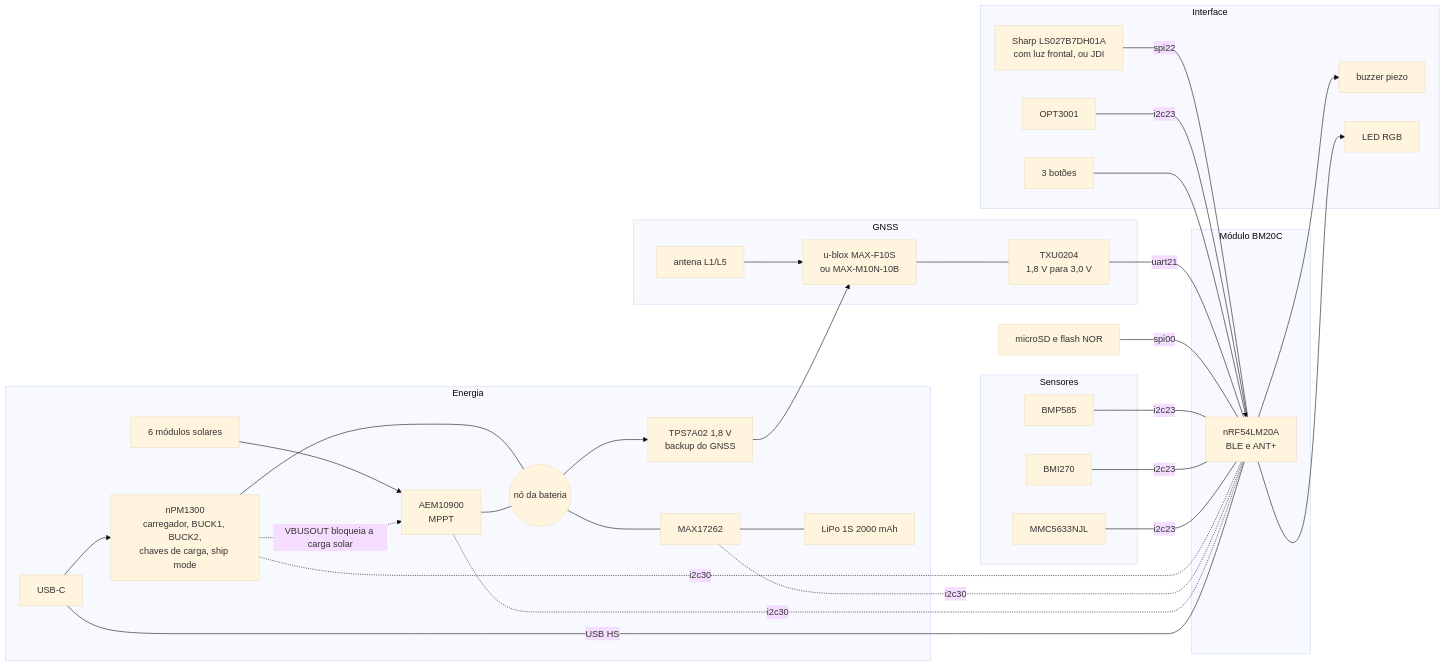
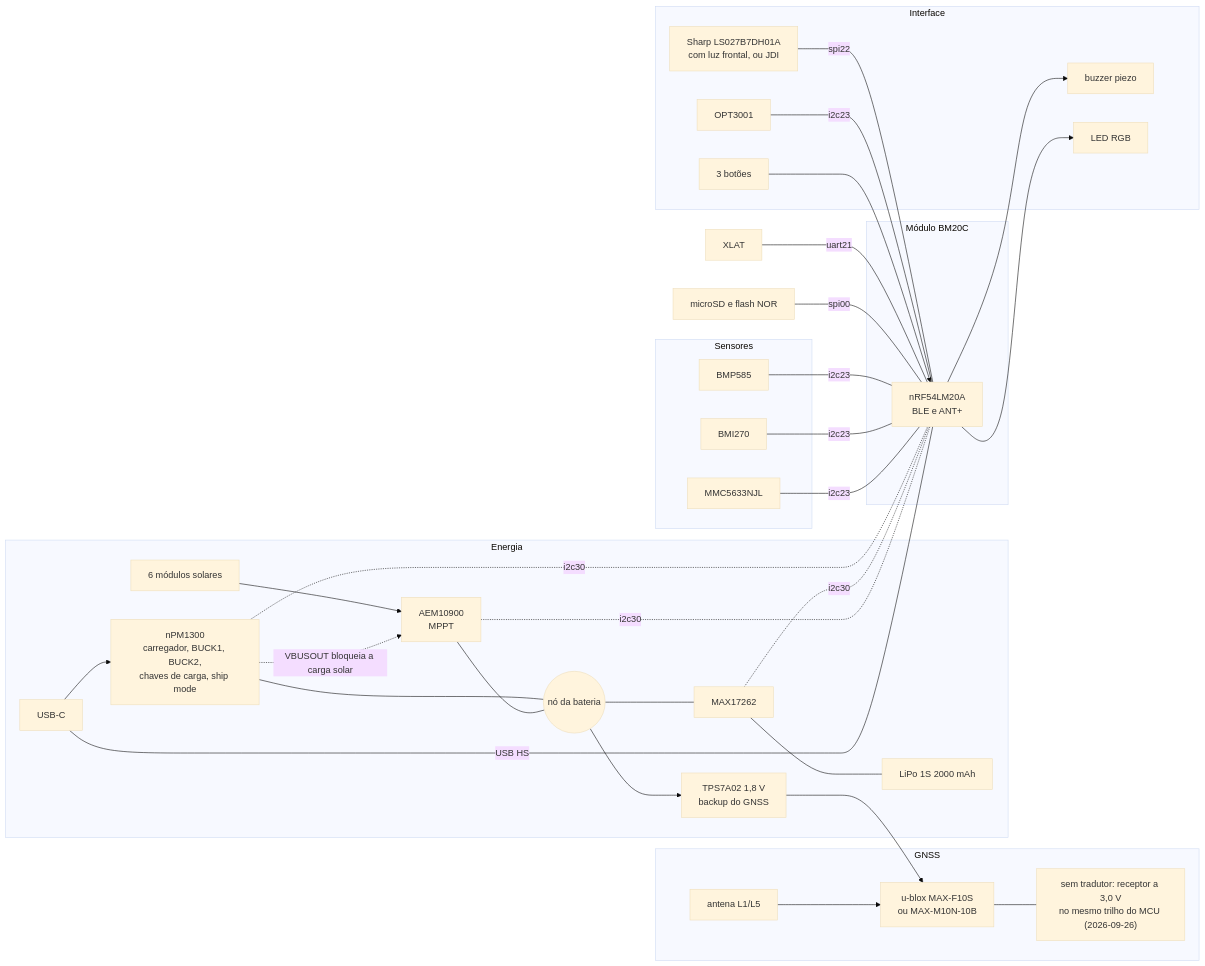
Before and after one commit to Guiimartinho/gnss-bike-computer: the first of 3 diagrams in docs/14-hardware-placa-nova.md, drawn with Mermaid (base theme). The commit also changed other lines of this file and 27 other files, not shown here.

````diff
--- a/docs/14-hardware-placa-nova.md
+++ b/docs/14-hardware-placa-nova.md
@@ -29,47 +29,47 @@
 ```mermaid
 flowchart LR
     subgraph PWR["Energia"]
         USBC["USB-C"] --> PMIC["nPM1300<br/>carregador, BUCK1, BUCK2,<br/>chaves de carga, ship mode"]
         PV["6 módulos solares"] --> HARV["AEM10900<br/>MPPT"]
         PMIC --- NODE(("nó da bateria"))
         HARV --- NODE
         PMIC -.->|"VBUSOUT bloqueia a carga solar"| HARV
         NODE --- GAUGE["MAX17262"] --- CELL["LiPo 1S 2000 mAh"]
         NODE --> BCK["TPS7A02 1,8 V<br/>backup do GNSS"]
     end
     subgraph CORE["Módulo BM20C"]
         MCU["nRF54LM20A<br/>BLE e ANT+"]
     end
     subgraph GNSSB["GNSS"]
         ANT["antena L1/L5"] --> GMOD["u-blox MAX-F10S<br/>ou MAX-M10N-10B"]
-        GMOD --- XLAT["TXU0204<br/>1,8 V para 3,0 V"]
+        GMOD --- DIRETO["sem tradutor: receptor a 3,0 V<br/>no mesmo trilho do MCU (2026-09-26)"]
     end
     subgraph HMI["Interface"]
         LCD["Sharp LS027B7DH01A<br/>com luz frontal, ou JDI"]
         KEYS["3 botões"]
         BUZ["buzzer piezo"]
         LED["LED RGB"]
         ALS["OPT3001"]
     end
     subgraph SENS["Sensores"]
         BARO["BMP585"]
         IMU["BMI270"]
         MAG["MMC5633NJL"]
     end
     SD["microSD e flash NOR"]
     XLAT ---|"uart21"| MCU
     LCD ---|"spi22"| MCU
     SD ---|"spi00"| MCU
     BARO ---|"i2c23"| MCU
     IMU ---|"i2c23"| MCU
     MAG ---|"i2c23"| MCU
     ALS ---|"i2c23"| MCU
     PMIC -.-|"i2c30"| MCU
     GAUGE -.-|"i2c30"| MCU
     HARV -.-|"i2c30"| MCU
     USBC ---|"USB HS"| MCU
     KEYS --> MCU
     MCU --> BUZ
     MCU --> LED
     BCK --> GMOD
 ```
````
